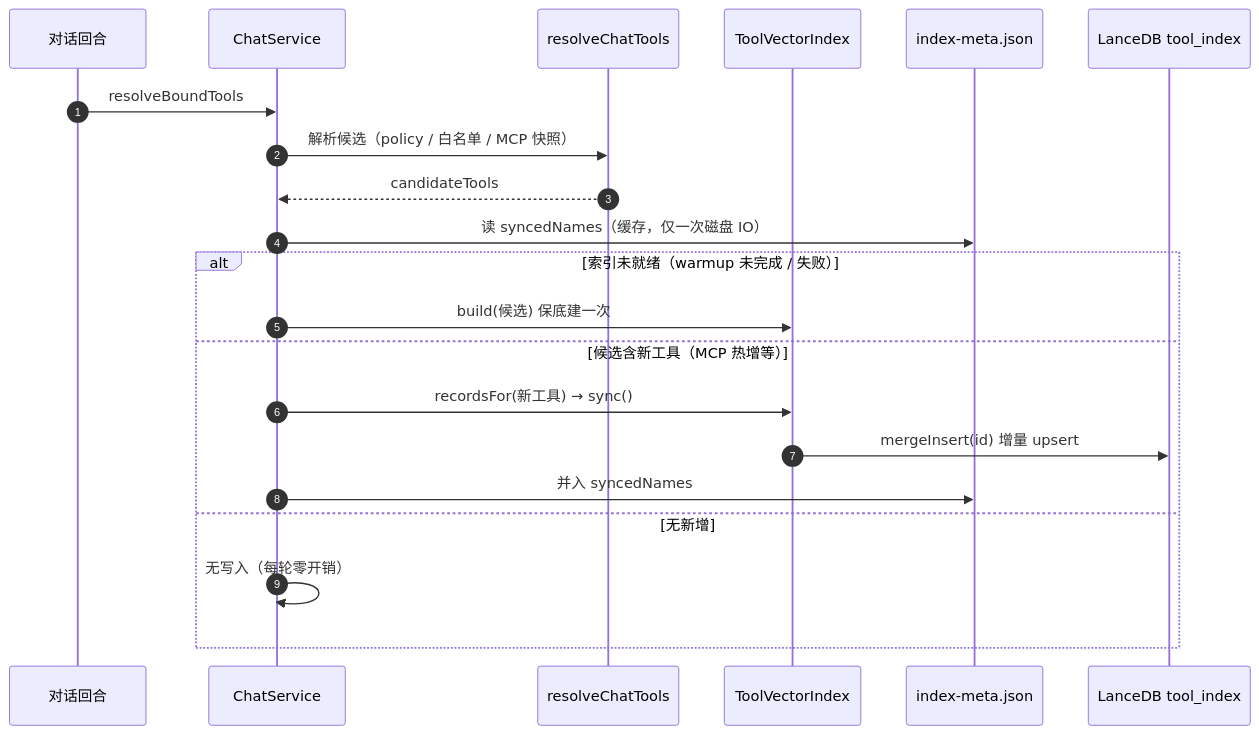
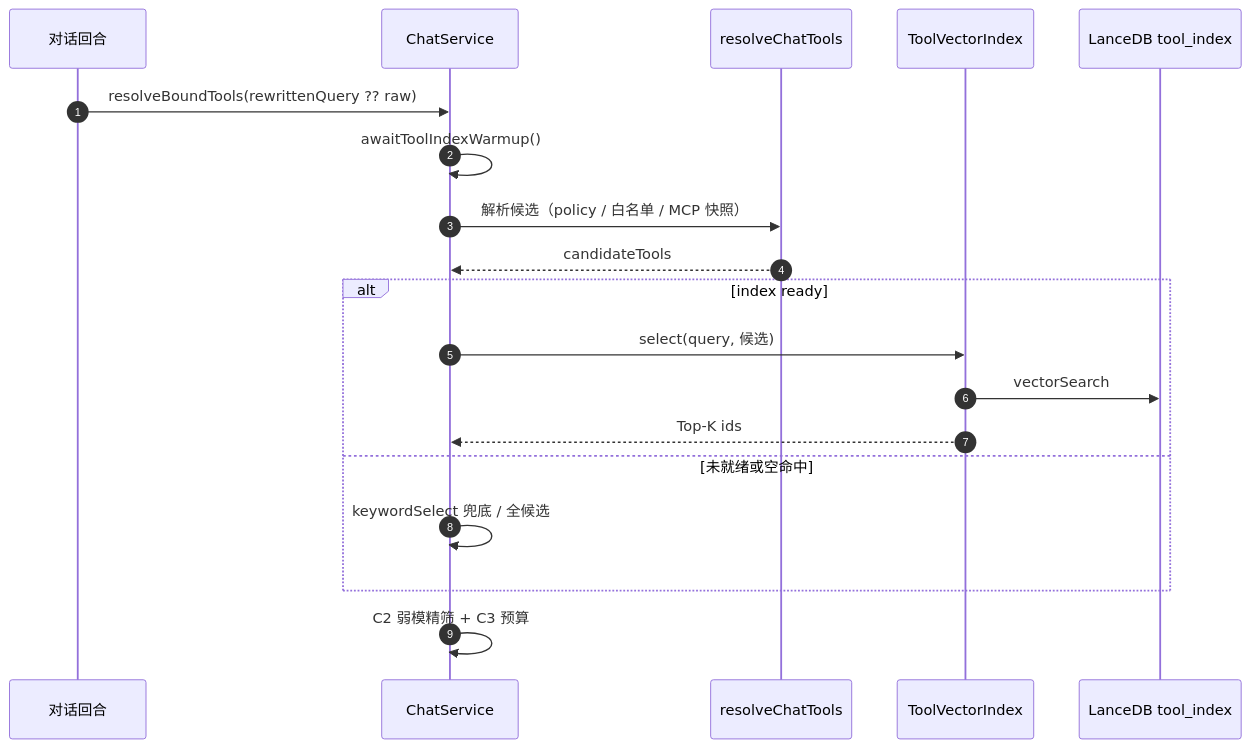
Before and after one commit to TangJie007/chatvein: the second of 2 diagrams in docs/design/12-Agent工具层.md, drawn with Mermaid. The commit also changed other lines of this file and 12 other files, not shown here.

````diff
--- a/docs/design/12-Agent工具层.md
+++ b/docs/design/12-Agent工具层.md
@@ -221,23 +222,21 @@
 ```mermaid
 sequenceDiagram
   autonumber
   participant T as 对话回合
   participant CS as ChatService
   participant R as resolveChatTools
   participant IX as ToolVectorIndex
-  participant M as index-meta.json
   participant DB as LanceDB tool_index
-  T->>CS: resolveBoundTools
+  T->>CS: resolveBoundTools(rewrittenQuery ?? raw)
+  CS->>CS: awaitToolIndexWarmup()
   CS->>R: 解析候选（policy / 白名单 / MCP 快照）
   R-->>CS: candidateTools
-  CS->>M: 读 syncedNames（缓存，仅一次磁盘 IO）
-  alt 索引未就绪（warmup 未完成 / 失败）
-    CS->>IX: build(候选) 保底建一次
-  else 候选含新工具（MCP 热增等）
-    CS->>IX: recordsFor(新工具) → sync()
-    IX->>DB: mergeInsert(id) 增量 upsert
-    CS->>M: 并入 syncedNames
-  else 无新增
-    CS->>CS: 无写入（每轮零开销）
+  alt index ready
+    CS->>IX: select(query, 候选)
+    IX->>DB: vectorSearch
+    IX-->>CS: Top-K ids
+  else 未就绪或空命中
+    CS->>CS: keywordSelect 兜底 / 全候选
   end
+  CS->>CS: C2 弱模精筛 + C3 预算
 ```
````
